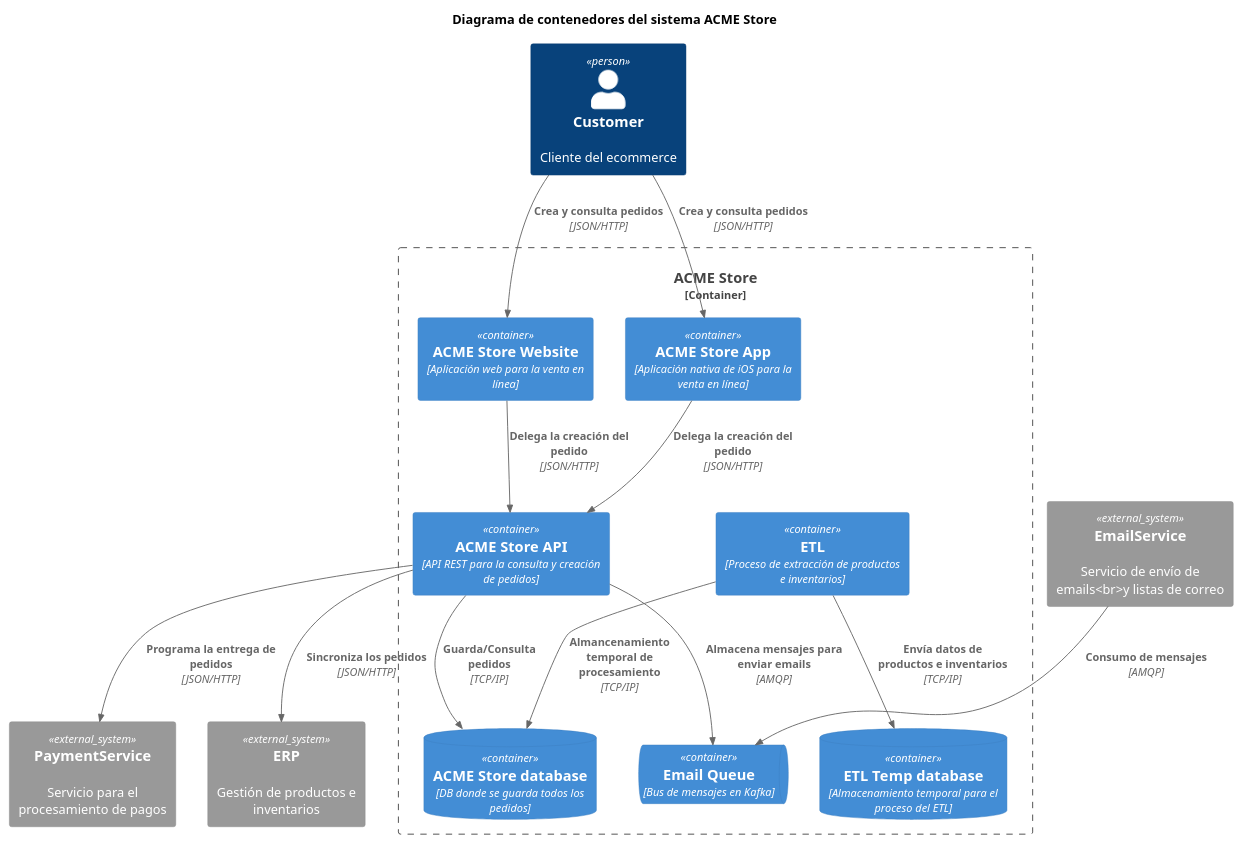
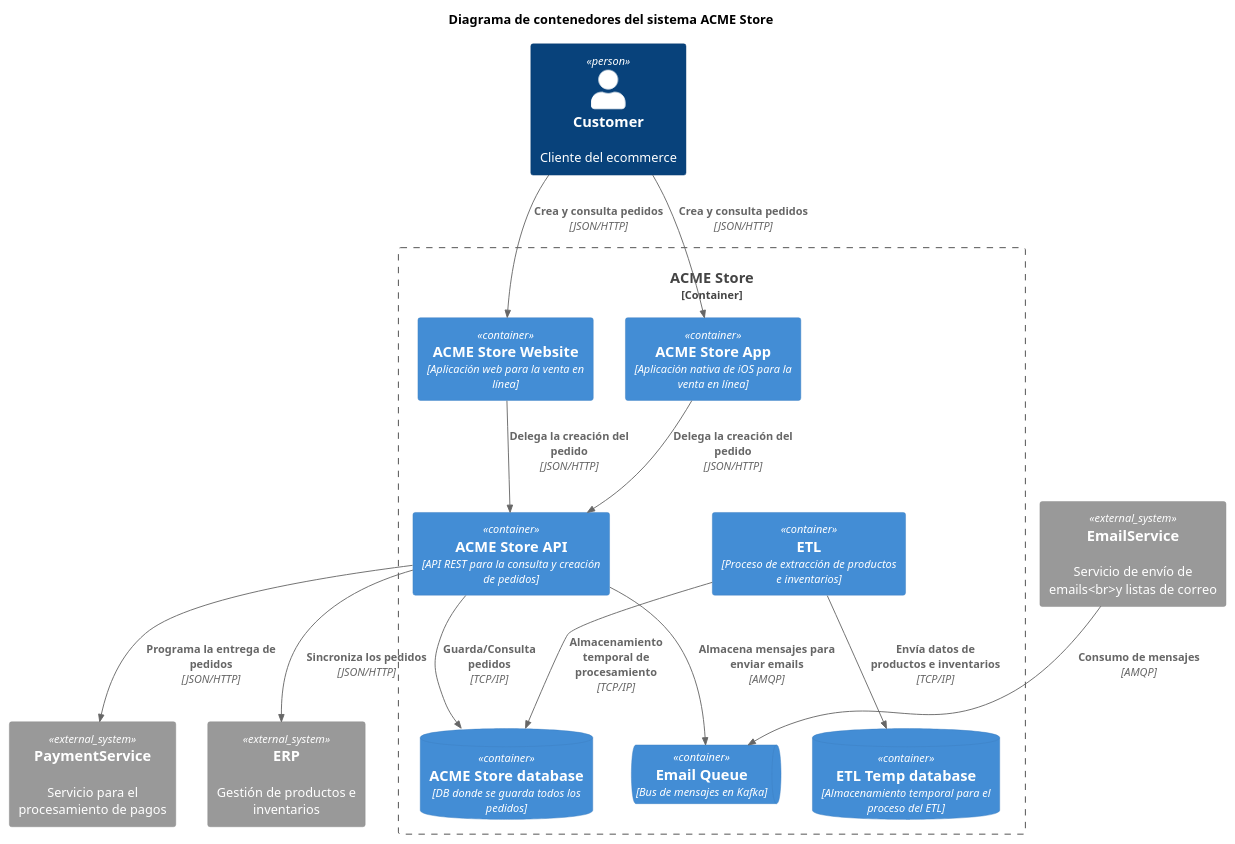
One commit to oscarjb1/book-documentacion-agil-de-arquitectura-software changed the second of 9 diagrams in docto-as-code/src/documento-arquitectura-acme-store.md. Above: the diagram before and after it, drawn with PlantUML. The commit also changed other lines of this file and 4 other files, not shown here.

````diff
--- a/docto-as-code/src/documento-arquitectura-acme-store.md
+++ b/docto-as-code/src/documento-arquitectura-acme-store.md
@@ -128,36 +128,36 @@
 ```plantuml
 @startuml
 !include https://raw.githubusercontent.com/plantuml-stdlib/C4-PlantUML/master/C4_Container.puml
   title Diagrama de contenedores del sistema ACME Store
   Person(customer, "Customer", "Cliente del ecommerce")
   System_Ext(paymentServiceSys, "PaymentService", "Servicio para el procesamiento de pagos")
   System_Ext(erpSys, "ERP", "Gestión de productos e inventarios")
    System_Ext(emailServiceSys, "EmailService", "Servicio de envío de emails<br>y listas de correo")
 
   Container_Boundary(cb1, "ACME Store") {
     Container(acmeStoreWebsiteContainer, "ACME Store Website", "Aplicación web para la venta en línea")
     Container(acmeStoreAppContainer, "ACME Store App", "Aplicación nativa de iOS para la venta en línea")
     Container(acmeStoreAPIContainer, "ACME Store API", "API REST para la consulta y creación de pedidos")
     ContainerQueue(emailQueue, "Email Queue", "Bus de mensajes en Kafka")
     Container(acmeStoreETLContainer, "ETL", "Proceso de extracción de productos e inventarios")
     ContainerDb(acmeStoreDB, "ACME Store database", "DB donde se guarda todos los pedidos")
     ContainerDb(etlTempDatabase, "ETL Temp database", "Almacenamiento temporal para el proceso del ETL")    
   }
 
   Rel(customer, acmeStoreWebsiteContainer, "Crea y consulta pedidos", "JSON/HTTP")
   Rel(customer, acmeStoreAppContainer, "Crea y consulta pedidos", "JSON/HTTP")
 
   Rel(acmeStoreWebsiteContainer, acmeStoreAPIContainer, "Delega la creación del pedido", "JSON/HTTP")
   Rel(acmeStoreAppContainer, acmeStoreAPIContainer, "Delega la creación del pedido", "JSON/HTTP")
 
   Rel(emailServiceSys, emailQueue, "Consumo de mensajes", "AMQP")
 
   Rel(acmeStoreAPIContainer, acmeStoreDB, "Guarda/Consulta pedidos", "TCP/IP")
   Rel(acmeStoreAPIContainer, emailQueue, "Almacena mensajes para enviar emails", "AMQP")
   Rel(acmeStoreAPIContainer, paymentServiceSys, "Programa la entrega de pedidos", "JSON/HTTP")
   Rel(acmeStoreAPIContainer, erpSys, "Sincroniza los pedidos", "JSON/HTTP")
 
   Rel(acmeStoreETLContainer, etlTempDatabase, "Envía datos de productos e inventarios", "TCP/IP")
-  Rel(acmeStoreETLContainer, acmeStoreDB, "Almancenamiento temporal de procesamiento", "TCP/IP")
+  Rel(acmeStoreETLContainer, acmeStoreDB, "Almacenamiento temporal de procesamiento", "TCP/IP")
 @enduml
 ```
````
